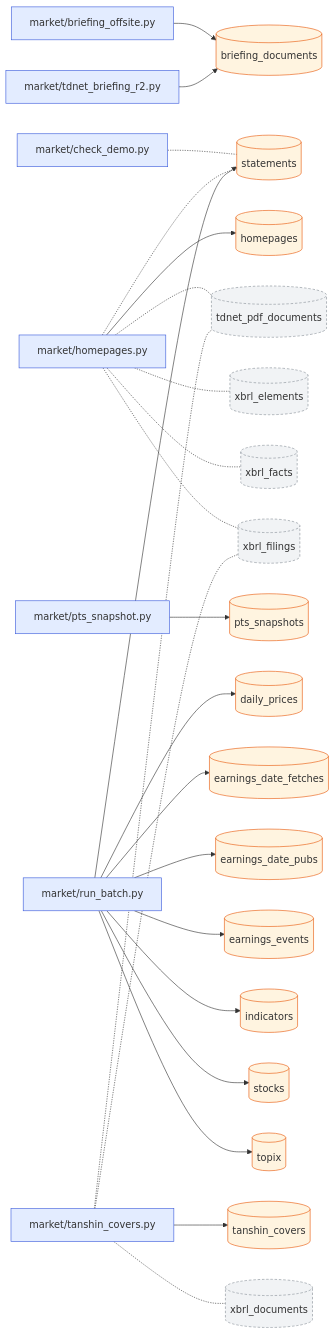
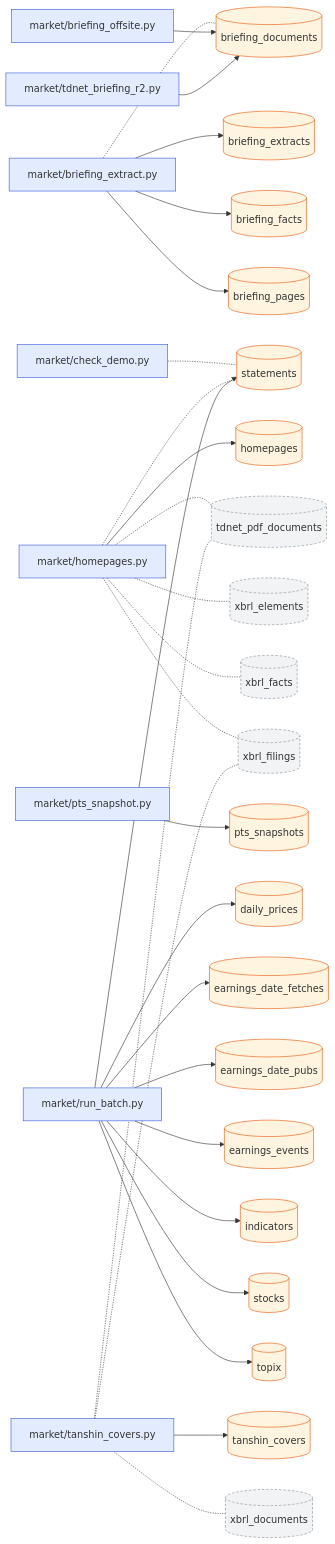
One commit to pekumirui/stock-analyzer changed the first of 2 diagrams in docs/dataflow/market.md. Above: the diagram before and after it, drawn with Mermaid. The commit also changed other lines of this file and 14 other files, not shown here.

````diff
--- a/docs/dataflow/market.md
+++ b/docs/dataflow/market.md
@@ -9,53 +9,61 @@
 ```mermaid
 flowchart LR
-  n0["market/briefing_offsite.py"]:::job
-  n1["market/check_demo.py"]:::job
-  n2["market/homepages.py"]:::job
-  n3["market/pts_snapshot.py"]:::job
-  n4["market/run_batch.py"]:::job
-  n5["market/tanshin_covers.py"]:::job
-  n6["market/tdnet_briefing_r2.py"]:::job
-  n7[("briefing_documents")]:::tbl
-  n8[("daily_prices")]:::tbl
-  n9[("earnings_date_fetches")]:::tbl
-  n10[("earnings_date_pubs")]:::tbl
-  n11[("earnings_events")]:::tbl
-  n12[("homepages")]:::tbl
-  n13[("indicators")]:::tbl
-  n14[("pts_snapshots")]:::tbl
-  n15[("statements")]:::tbl
-  n16[("stocks")]:::tbl
-  n17[("tanshin_covers")]:::tbl
-  n18[("tdnet_pdf_documents")]:::ext
-  n19[("topix")]:::tbl
-  n20[("xbrl_documents")]:::ext
-  n21[("xbrl_elements")]:::ext
-  n22[("xbrl_facts")]:::ext
-  n23[("xbrl_filings")]:::ext
-  n0 --> n7
-  n1 -.- n15
-  n2 --> n12
-  n2 -.- n15
-  n2 -.- n18
-  n2 -.- n21
-  n2 -.- n22
-  n2 -.- n23
-  n3 --> n14
-  n4 --> n8
-  n4 --> n9
-  n4 --> n10
-  n4 --> n11
-  n4 --> n13
-  n4 --> n15
-  n4 --> n16
-  n4 --> n19
+  n0["market/briefing_extract.py"]:::job
+  n1["market/briefing_offsite.py"]:::job
+  n2["market/check_demo.py"]:::job
+  n3["market/homepages.py"]:::job
+  n4["market/pts_snapshot.py"]:::job
+  n5["market/run_batch.py"]:::job
+  n6["market/tanshin_covers.py"]:::job
+  n7["market/tdnet_briefing_r2.py"]:::job
+  n8[("briefing_documents")]:::tbl
+  n9[("briefing_extracts")]:::tbl
+  n10[("briefing_facts")]:::tbl
+  n11[("briefing_pages")]:::tbl
+  n12[("daily_prices")]:::tbl
+  n13[("earnings_date_fetches")]:::tbl
+  n14[("earnings_date_pubs")]:::tbl
+  n15[("earnings_events")]:::tbl
+  n16[("homepages")]:::tbl
+  n17[("indicators")]:::tbl
+  n18[("pts_snapshots")]:::tbl
+  n19[("statements")]:::tbl
+  n20[("stocks")]:::tbl
+  n21[("tanshin_covers")]:::tbl
+  n22[("tdnet_pdf_documents")]:::ext
+  n23[("topix")]:::tbl
+  n24[("xbrl_documents")]:::ext
+  n25[("xbrl_elements")]:::ext
+  n26[("xbrl_facts")]:::ext
+  n27[("xbrl_filings")]:::ext
+  n0 -.- n8
+  n0 --> n9
+  n0 --> n10
+  n0 --> n11
+  n1 --> n8
+  n2 -.- n19
+  n3 --> n16
+  n3 -.- n19
+  n3 -.- n22
+  n3 -.- n25
+  n3 -.- n26
+  n3 -.- n27
+  n4 --> n18
+  n5 --> n12
+  n5 --> n13
+  n5 --> n14
+  n5 --> n15
   n5 --> n17
-  n5 -.- n18
-  n5 -.- n20
-  n5 -.- n23
-  n6 --> n7
+  n5 --> n19
+  n5 --> n20
+  n5 --> n23
+  n6 --> n21
+  n6 -.- n22
+  n6 -.- n24
+  n6 -.- n27
+  n7 --> n8
   classDef job fill:#e3ecff,stroke:#3b5bdb
   classDef api fill:#e6f7ec,stroke:#2b8a3e
   classDef tbl fill:#fff4e0,stroke:#e8590c
   classDef ext fill:#f1f3f5,stroke:#868e96,stroke-dasharray:4 3
 ```
````
